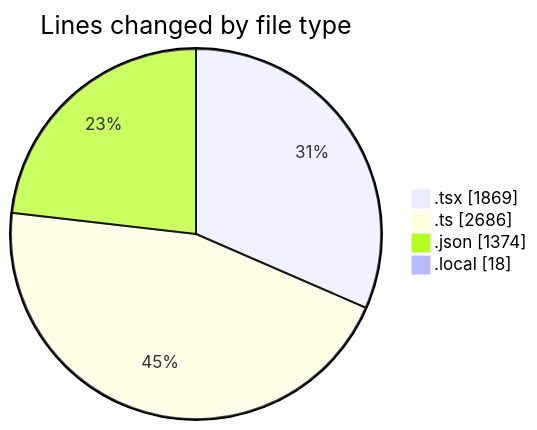
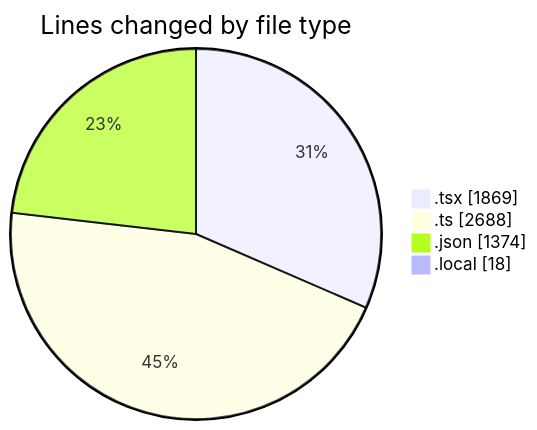
The first of 2 diagrams in 2025-10-16/eventscop-frontend-guide__workspace_/README.md (julien-gomy/code-tracking), drawn with Mermaid before and after one commit. The commit also changed other lines of this file and 1 other file, not shown here.

````diff
--- a/2025-10-16/eventscop-frontend-guide__workspace_/README.md
+++ b/2025-10-16/eventscop-frontend-guide__workspace_/README.md
@@ -55,8 +55,8 @@
 ```mermaid
 pie showData
 title Lines changed by file type
 ".tsx" : 1869
-".ts" : 2686
+".ts" : 2688
 ".json" : 1374
 ".local" : 18
 ```
````
